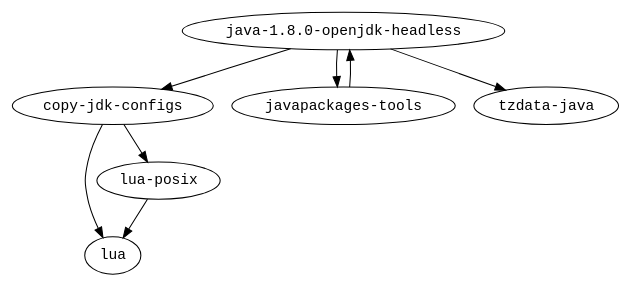
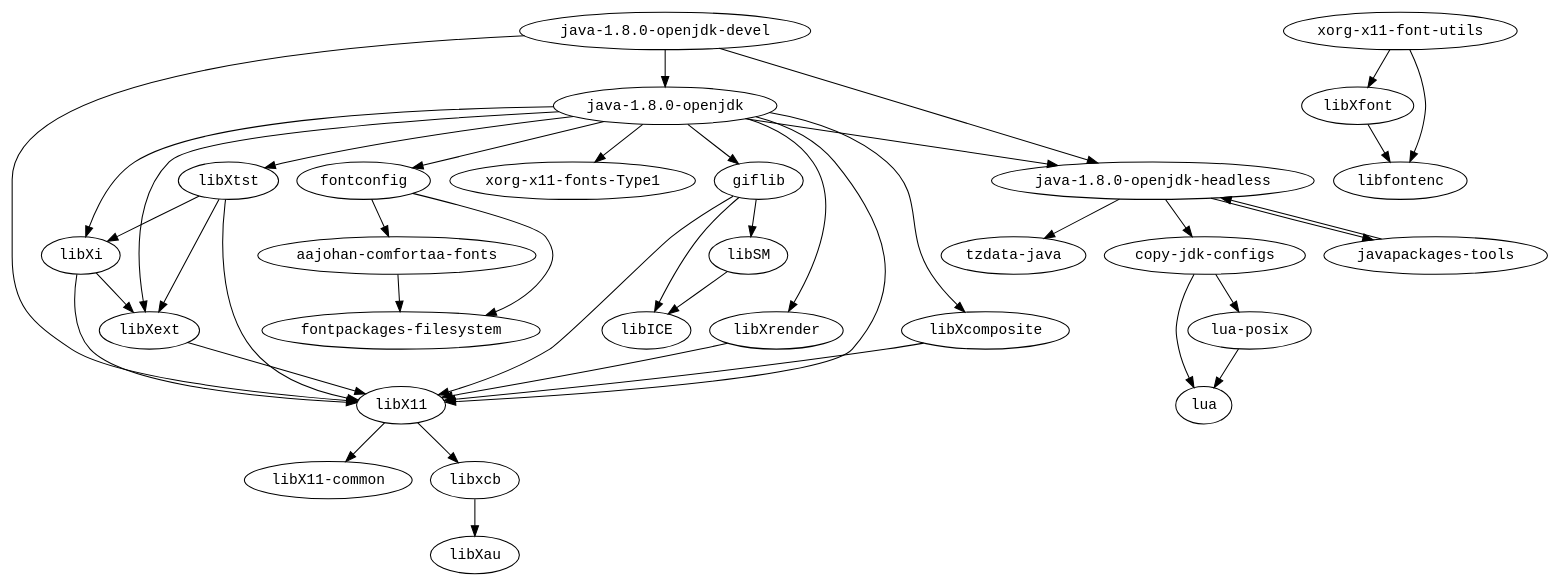
One commit to fedora-modularity/dependency-report changed the diagram in modules/java/i686/graph.dot. Above: the diagram before and after it, drawn with Graphviz. The commit also changed 1063 other files, not shown here.

```diff
--- a/modules/java/i686/graph.dot
+++ b/modules/java/i686/graph.dot
@@ -1,10 +1,44 @@
 strict digraph G {
 node [fontname=monospace];
+  "aajohan-comfortaa-fonts" -> "fontpackages-filesystem";
   "copy-jdk-configs" -> "lua";
   "copy-jdk-configs" -> "lua-posix";
+  "fontconfig" -> "aajohan-comfortaa-fonts";
+  "fontconfig" -> "fontpackages-filesystem";
+  "giflib" -> "libICE";
+  "giflib" -> "libSM";
+  "giflib" -> "libX11";
+  "java-1.8.0-openjdk-devel" -> "java-1.8.0-openjdk";
+  "java-1.8.0-openjdk-devel" -> "java-1.8.0-openjdk-headless";
+  "java-1.8.0-openjdk-devel" -> "libX11";
+  "java-1.8.0-openjdk" -> "fontconfig";
+  "java-1.8.0-openjdk" -> "giflib";
   "java-1.8.0-openjdk-headless" -> "copy-jdk-configs";
   "java-1.8.0-openjdk-headless" -> "javapackages-tools";
   "java-1.8.0-openjdk-headless" -> "tzdata-java";
+  "java-1.8.0-openjdk" -> "java-1.8.0-openjdk-headless";
+  "java-1.8.0-openjdk" -> "libX11";
+  "java-1.8.0-openjdk" -> "libXcomposite";
+  "java-1.8.0-openjdk" -> "libXext";
+  "java-1.8.0-openjdk" -> "libXi";
+  "java-1.8.0-openjdk" -> "libXrender";
+  "java-1.8.0-openjdk" -> "libXtst";
+  "java-1.8.0-openjdk" -> "xorg-x11-fonts-Type1";
   "javapackages-tools" -> "java-1.8.0-openjdk-headless";
+  "libSM" -> "libICE";
+  "libX11" -> "libX11-common";
+  "libX11" -> "libxcb";
+  "libxcb" -> "libXau";
+  "libXcomposite" -> "libX11";
+  "libXext" -> "libX11";
+  "libXfont" -> "libfontenc";
+  "libXi" -> "libX11";
+  "libXi" -> "libXext";
+  "libXrender" -> "libX11";
+  "libXtst" -> "libX11";
+  "libXtst" -> "libXext";
+  "libXtst" -> "libXi";
   "lua-posix" -> "lua";
+  "xorg-x11-font-utils" -> "libfontenc";
+  "xorg-x11-font-utils" -> "libXfont";
 }
```
